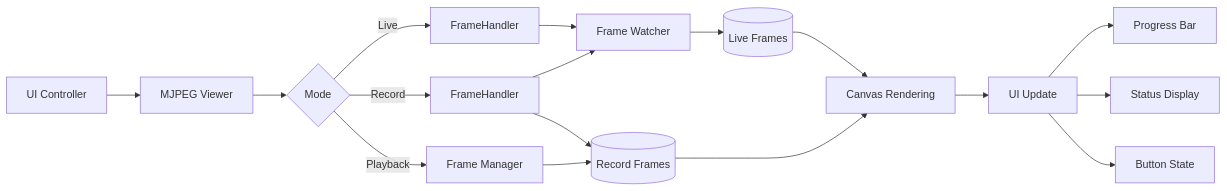
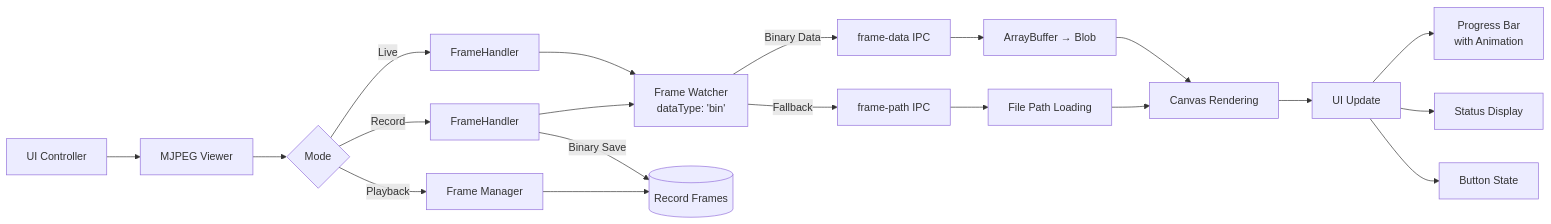
One commit to ddonyo/camera changed the third of 4 diagrams in README.md. Above: the diagram before and after it, drawn with Mermaid. The commit also changed other lines of this file, not shown here.

````diff
--- a/README.md
+++ b/README.md
@@ -319,24 +332,27 @@
 ```mermaid
 flowchart LR
     B[UI Controller] --> C[MJPEG Viewer]
     C --> D{Mode}
 
     D -->|Live| E[FrameHandler]
     D -->|Record| F[FrameHandler]
     D -->|Playback| G[Frame Manager]
 
-    E --> H[Frame Watcher]
+    E --> H[Frame Watcher<br/>dataType: 'bin']
     F --> H
-    H --> I[(Live Frames)]
+    H -->|Binary Data| I[frame-data IPC]
+    H -->|Fallback| J[frame-path IPC]
 
-    F --> J[(Record Frames)]
-    G --> J
+    F -->|Binary Save| K[(Record Frames)]
+    G --> K
 
-    I --> K[Canvas Rendering]
-    J --> K
+    I --> L[ArrayBuffer → Blob]
+    J --> M[File Path Loading]
+    L --> N[Canvas Rendering]
+    M --> N
 
-    K --> L[UI Update]
-    L --> M[Progress Bar]
-    L --> N[Status Display]
-    L --> O[Button State]
+    N --> O[UI Update]
+    O --> P[Progress Bar<br/>with Animation]
+    O --> Q[Status Display]
+    O --> R[Button State]
 ```
````
